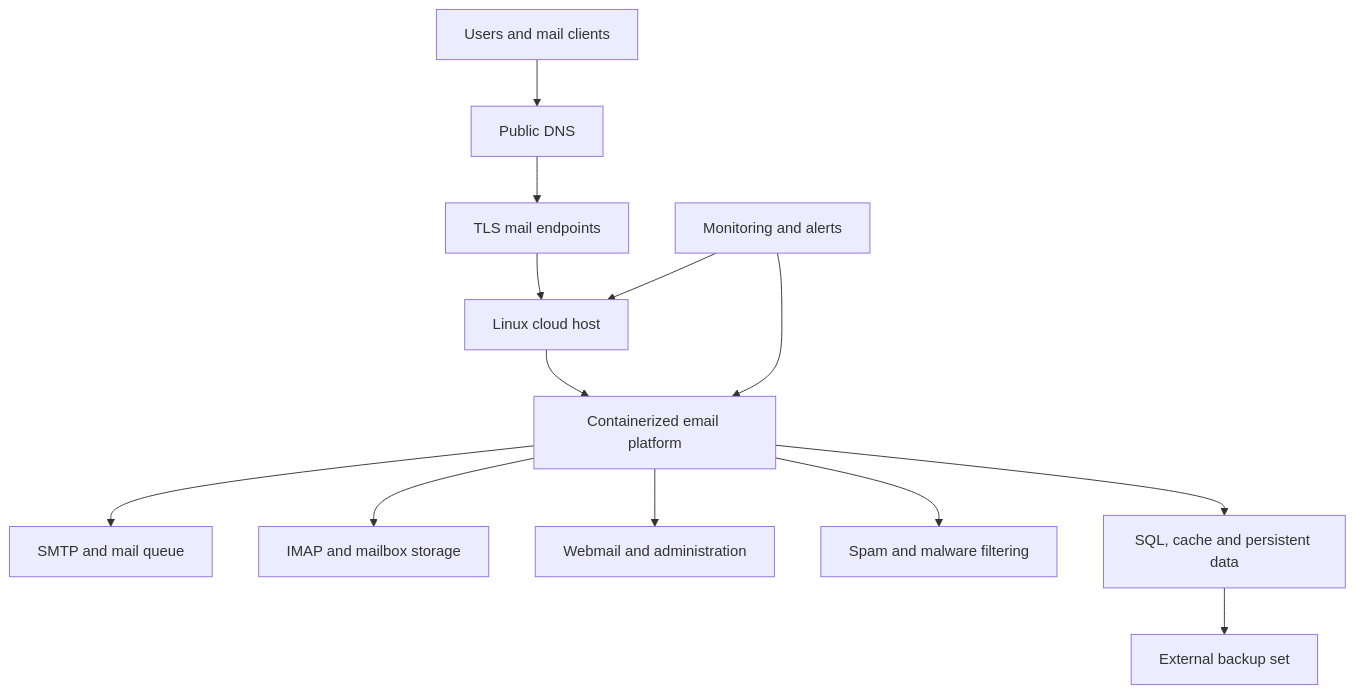
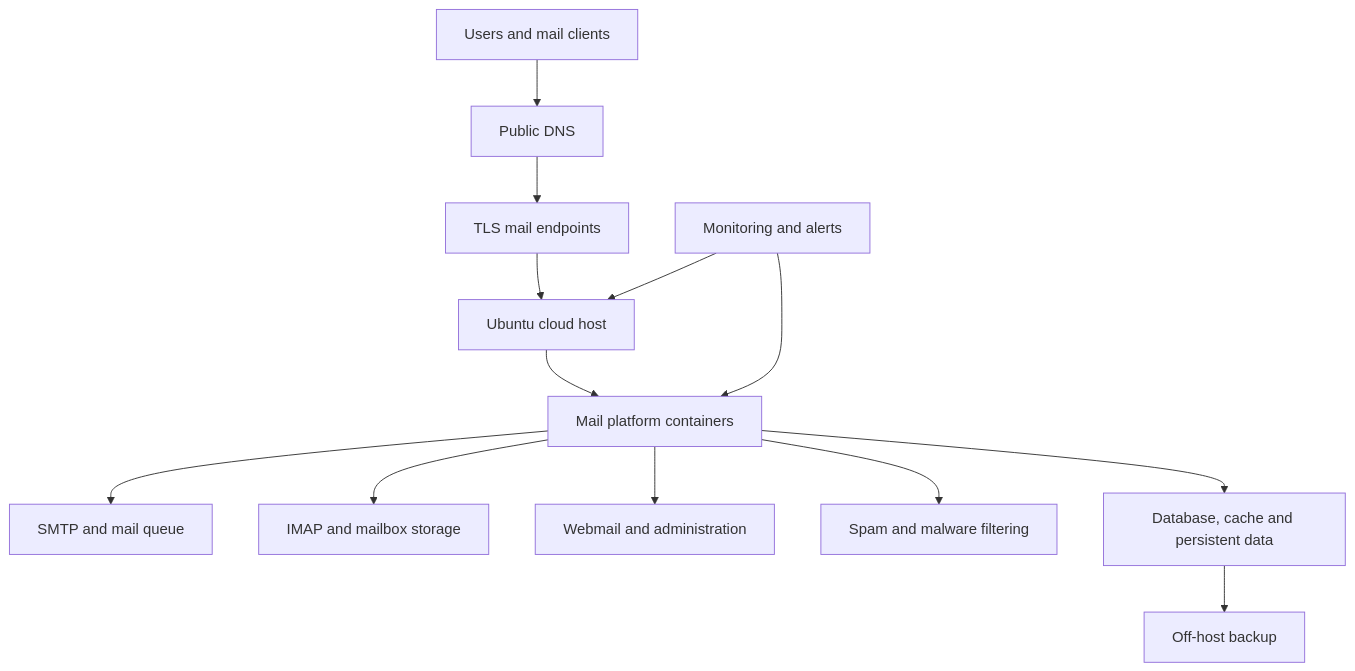
Before and after one commit to PabasaraMeegahakumbura/self-hosted-email-platform-lab: the diagram in README.md, drawn with Mermaid. The commit also changed other lines of this file and 50 other files, not shown here.

````diff
--- a/README.md
+++ b/README.md
@@ -40,15 +95,15 @@
 ```mermaid
 flowchart TD
-    C[Users and mail clients] --> D[Public DNS]
-    D --> E[TLS mail endpoints]
-    E --> H[Linux cloud host]
-    H --> P[Containerized email platform]
-    P --> M[SMTP and mail queue]
-    P --> I[IMAP and mailbox storage]
-    P --> W[Webmail and administration]
-    P --> F[Spam and malware filtering]
-    P --> S[SQL, cache and persistent data]
-    S --> B[External backup set]
-    O[Monitoring and alerts] --> H
-    O --> P
+    Users[Users and mail clients] --> DNS[Public DNS]
+    DNS --> Endpoint[TLS mail endpoints]
+    Endpoint --> Host[Ubuntu cloud host]
+    Host --> Platform[Mail platform containers]
+    Platform --> SMTP[SMTP and mail queue]
+    Platform --> IMAP[IMAP and mailbox storage]
+    Platform --> Web[Webmail and administration]
+    Platform --> Filter[Spam and malware filtering]
+    Platform --> Data[Database, cache and persistent data]
+    Data --> Backup[Off-host backup]
+    Monitor[Monitoring and alerts] --> Host
+    Monitor --> Platform
 ```
````
